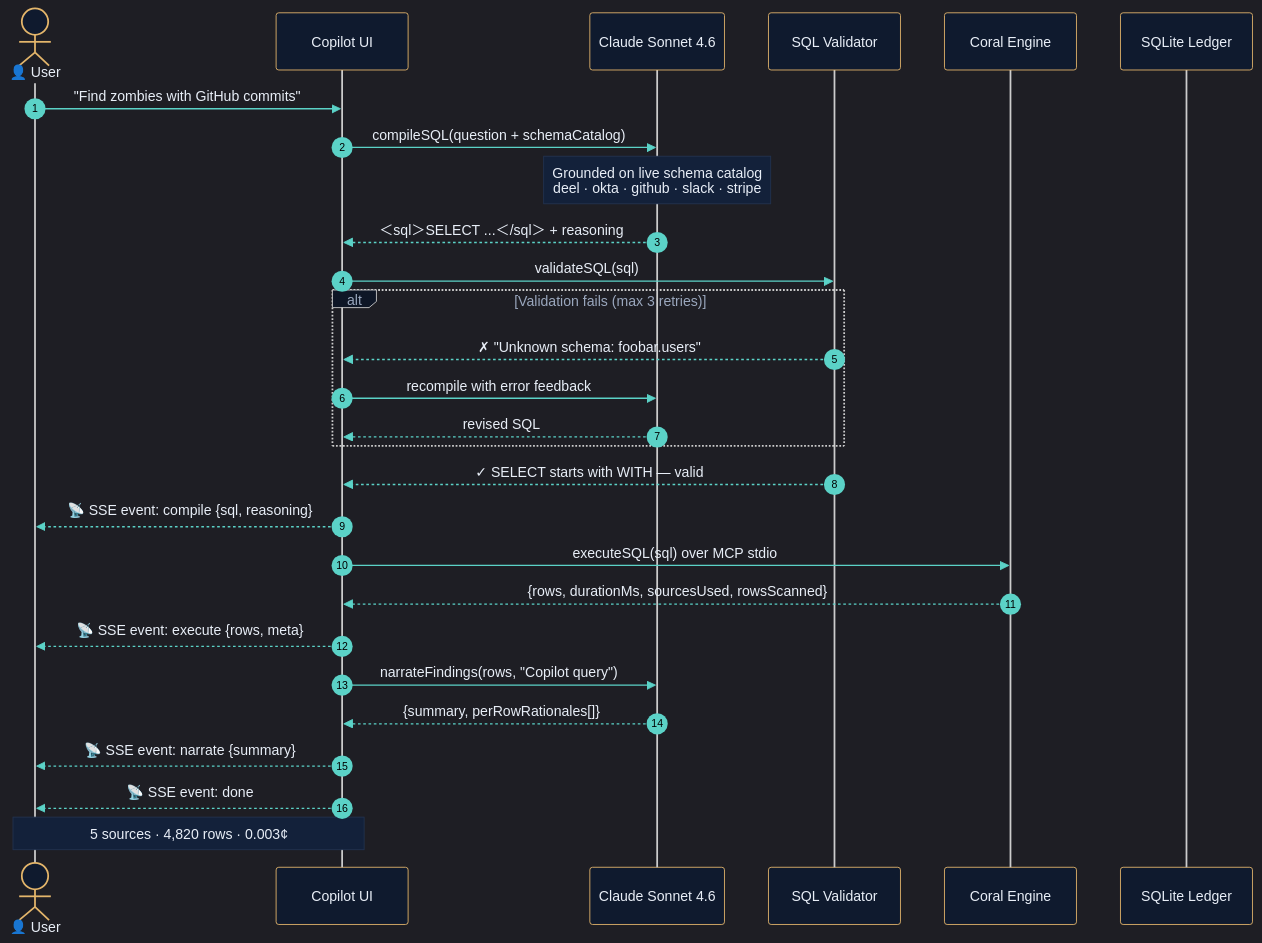
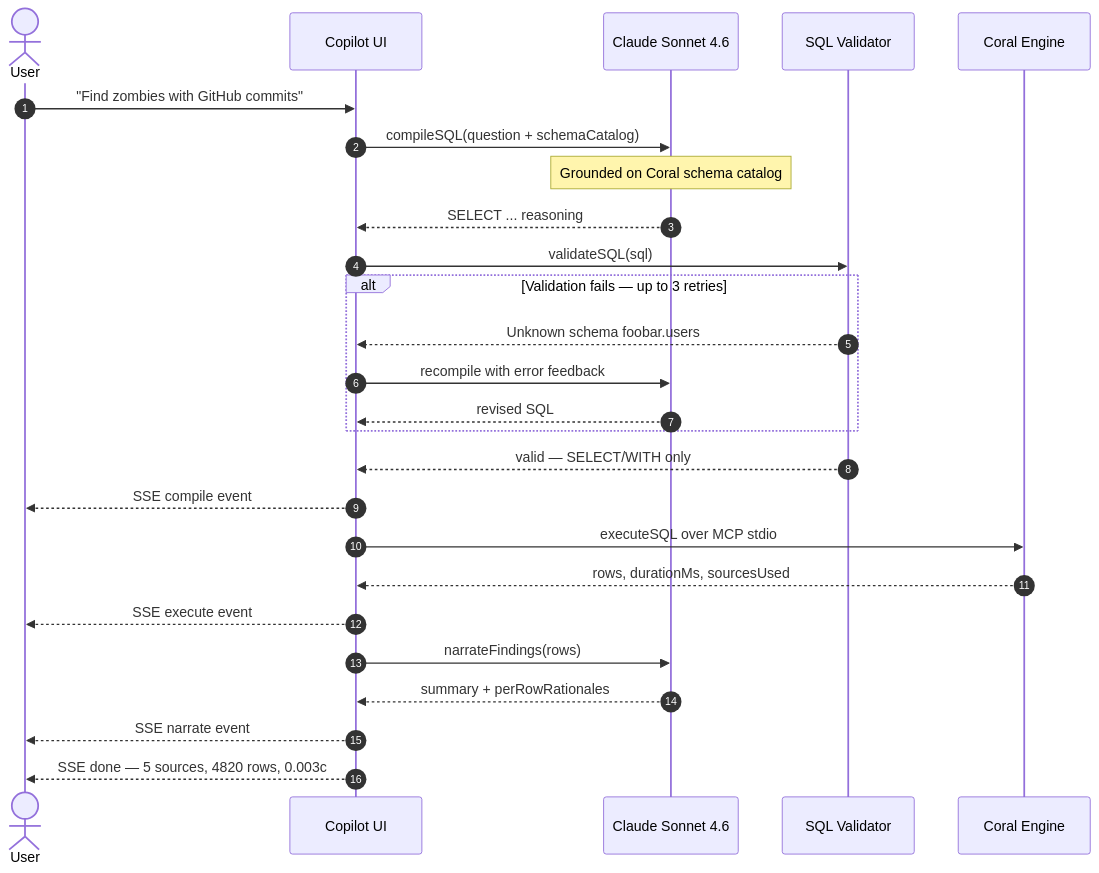
The fourth of 7 diagrams in README.md (Sushant6095/Quatermaster-coral), drawn with Mermaid before and after one commit. The commit also changed other lines of this file, not shown here.

Commit message:
docs: fix all Mermaid diagram syntax — replace \n with labels, remove %%init%% theme vars, quote special chars

````diff
--- a/README.md
+++ b/README.md
@@ -336,35 +315,32 @@
 ```mermaid
-%%{init: {'theme': 'dark', 'themeVariables': {'primaryColor': '#13213A', 'primaryTextColor': '#E8EEF7', 'primaryBorderColor': '#E4B66B', 'lineColor': '#E4B66B', 'secondaryColor': '#0F1A2E', 'actorBkg': '#0F1A2E', 'actorBorder': '#E4B66B', 'actorTextColor': '#E8EEF7', 'activationBkgColor': '#13213A', 'signalColor': '#5BD2C7', 'signalTextColor': '#E8EEF7', 'labelBoxBkgColor': '#0E1626', 'labelTextColor': '#9AA7BD', 'loopTextColor': '#9AA7BD', 'noteBkgColor': '#13213A', 'noteTextColor': '#E8EEF7', 'noteBorderColor': '#22324F'}}}%%
 sequenceDiagram
     autonumber
-    actor U as 👤 User
+    actor U as User
     participant C as Copilot UI
     participant CL as Claude Sonnet 4.6
     participant V as SQL Validator
     participant CR as Coral Engine
-    participant DB as SQLite Ledger
 
     U->>C: "Find zombies with GitHub commits"
     C->>CL: compileSQL(question + schemaCatalog)
-    Note over CL: Grounded on live schema catalog<br/>deel · okta · github · slack · stripe
-    CL-->>C: ＜sql＞SELECT ...＜/sql＞ + reasoning
+    Note over CL: Grounded on Coral schema catalog
+    CL-->>C: SELECT ... reasoning
 
     C->>V: validateSQL(sql)
-    alt Validation fails (max 3 retries)
-        V-->>C: ✗ "Unknown schema: foobar.users"
+    alt Validation fails — up to 3 retries
+        V-->>C: Unknown schema foobar.users
         C->>CL: recompile with error feedback
         CL-->>C: revised SQL
     end
-    V-->>C: ✓ SELECT starts with WITH — valid
+    V-->>C: valid — SELECT/WITH only
 
-    C-->>U: 📡 SSE event: compile {sql, reasoning}
-    C->>CR: executeSQL(sql) over MCP stdio
-    CR-->>C: {rows, durationMs, sourcesUsed, rowsScanned}
-    C-->>U: 📡 SSE event: execute {rows, meta}
+    C-->>U: SSE compile event
+    C->>CR: executeSQL over MCP stdio
+    CR-->>C: rows, durationMs, sourcesUsed
+    C-->>U: SSE execute event
 
-    C->>CL: narrateFindings(rows, "Copilot query")
-    CL-->>C: {summary, perRowRationales[]}
-    C-->>U: 📡 SSE event: narrate {summary}
-    C-->>U: 📡 SSE event: done
-    Note over U,C: 5 sources · 4,820 rows · 0.003¢
+    C->>CL: narrateFindings(rows)
+    CL-->>C: summary + perRowRationales
+    C-->>U: SSE narrate event
+    C-->>U: SSE done — 5 sources, 4820 rows, 0.003c
 ```
````
